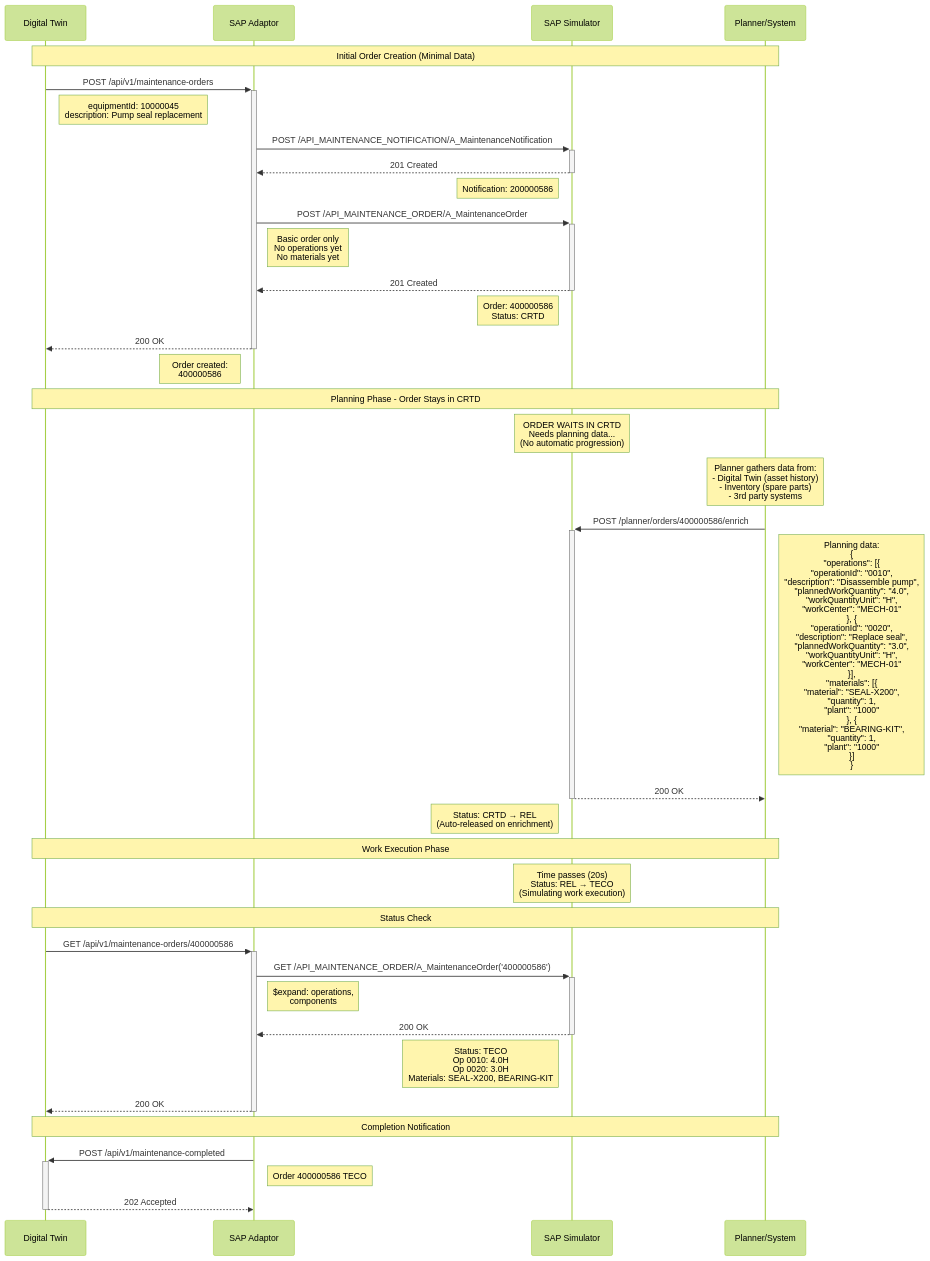
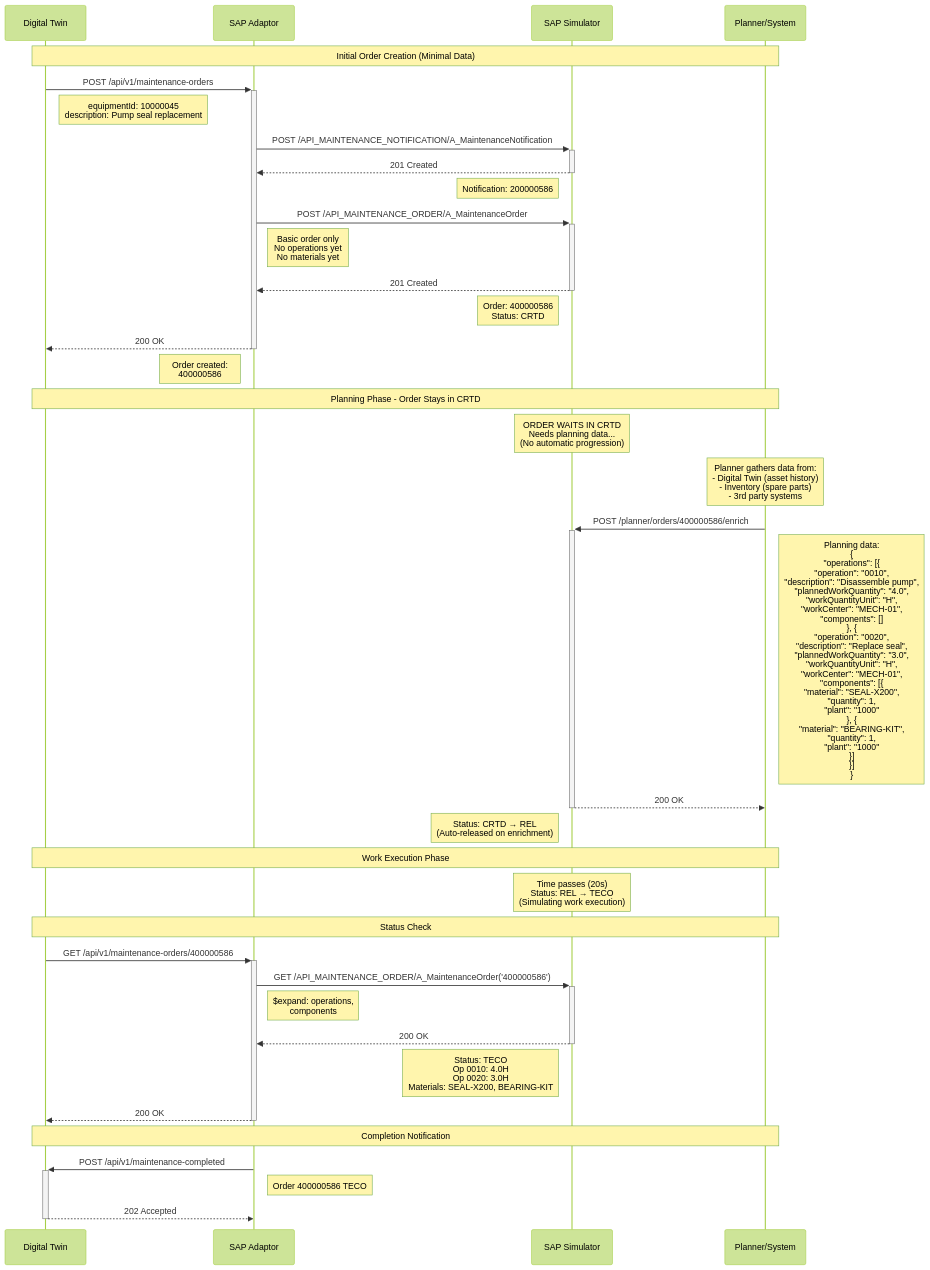
The diagram in process documentation/planner-enrichment-flow.md (AlexChiquito/SAP-Maintenance-order-adaptor), drawn with Mermaid (forest theme) before and after one commit. The commit also changed other lines of this file, not shown here.

Commit message:
Apply suggestions from code review

````diff
--- a/process documentation/planner-enrichment-flow.md
+++ b/process documentation/planner-enrichment-flow.md
@@ -17,60 +17,60 @@
 ```mermaid
 sequenceDiagram
     participant DT as Digital Twin
     participant Adaptor as SAP Adaptor
     participant Simulator as SAP Simulator
     participant Planner as Planner/System
 
     Note over DT,Planner: Initial Order Creation (Minimal Data)
 
     DT->>+Adaptor: POST /api/v1/maintenance-orders
     Note right of DT: equipmentId: 10000045<br/>description: Pump seal replacement
 
     Adaptor->>+Simulator: POST /API_MAINTENANCE_NOTIFICATION/A_MaintenanceNotification
     Simulator-->>-Adaptor: 201 Created
     Note left of Simulator: Notification: 200000586
 
     Adaptor->>+Simulator: POST /API_MAINTENANCE_ORDER/A_MaintenanceOrder
     Note right of Adaptor: Basic order only<br/>No operations yet<br/>No materials yet
     
     Simulator-->>-Adaptor: 201 Created
     Note left of Simulator: Order: 400000586<br/>Status: CRTD
 
     Adaptor-->>-DT: 200 OK
     Note left of Adaptor: Order created:<br/>400000586
 
     Note over DT,Planner: Planning Phase - Order Stays in CRTD
 
     Note over Simulator: ORDER WAITS IN CRTD<br/>Needs planning data...<br/>(No automatic progression)
 
     Note over Planner: Planner gathers data from:<br/>- Digital Twin (asset history)<br/>- Inventory (spare parts)<br/>- 3rd party systems
 
     Planner->>+Simulator: POST /planner/orders/400000586/enrich
-    Note right of Planner: Planning data:<br/>{<br/>  "operations": [{<br/>    "operationId": "0010",<br/>    "description": "Disassemble pump",<br/>    "plannedWorkQuantity": "4.0",<br/>    "workQuantityUnit": "H",<br/>    "workCenter": "MECH-01"<br/>  }, {<br/>    "operationId": "0020",<br/>    "description": "Replace seal",<br/>    "plannedWorkQuantity": "3.0",<br/>    "workQuantityUnit": "H",<br/>    "workCenter": "MECH-01"<br/>  }],<br/>  "materials": [{<br/>    "material": "SEAL-X200",<br/>    "quantity": 1,<br/>    "plant": "1000"<br/>  }, {<br/>    "material": "BEARING-KIT",<br/>    "quantity": 1,<br/>    "plant": "1000"<br/>  }]<br/>}
+    Note right of Planner: Planning data:<br/>{<br/>  "operations": [{<br/>    "operation": "0010",<br/>    "description": "Disassemble pump",<br/>    "plannedWorkQuantity": "4.0",<br/>    "workQuantityUnit": "H",<br/>    "workCenter": "MECH-01",<br/>    "components": []<br/>  }, {<br/>    "operation": "0020",<br/>    "description": "Replace seal",<br/>    "plannedWorkQuantity": "3.0",<br/>    "workQuantityUnit": "H",<br/>    "workCenter": "MECH-01",<br/>    "components": [{<br/>      "material": "SEAL-X200",<br/>      "quantity": 1,<br/>      "plant": "1000"<br/>    }, {<br/>      "material": "BEARING-KIT",<br/>      "quantity": 1,<br/>      "plant": "1000"<br/>    }]<br/>  }]<br/>}
 
     Simulator-->>-Planner: 200 OK
     Note left of Simulator: Status: CRTD → REL<br/>(Auto-released on enrichment)
 
     Note over DT,Planner: Work Execution Phase
 
     Note over Simulator: Time passes (20s)<br/>Status: REL → TECO<br/>(Simulating work execution)
 
     Note over DT,Planner: Status Check
 
     DT->>+Adaptor: GET /api/v1/maintenance-orders/400000586
     
     Adaptor->>+Simulator: GET /API_MAINTENANCE_ORDER/A_MaintenanceOrder('400000586')
     Note right of Adaptor: $expand: operations,<br/>components
 
     Simulator-->>-Adaptor: 200 OK
     Note left of Simulator: Status: TECO<br/>Op 0010: 4.0H<br/>Op 0020: 3.0H<br/>Materials: SEAL-X200, BEARING-KIT
 
     Adaptor-->>-DT: 200 OK
 
     Note over DT,Planner: Completion Notification
 
     Adaptor->>+DT: POST /api/v1/maintenance-completed
     Note right of Adaptor: Order 400000586 TECO
 
     DT-->>-Adaptor: 202 Accepted
 ```
````
